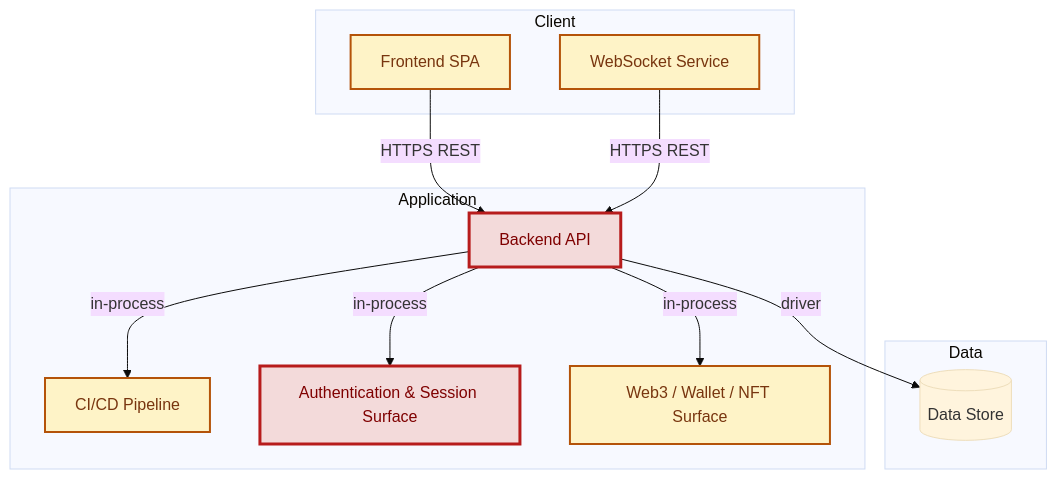
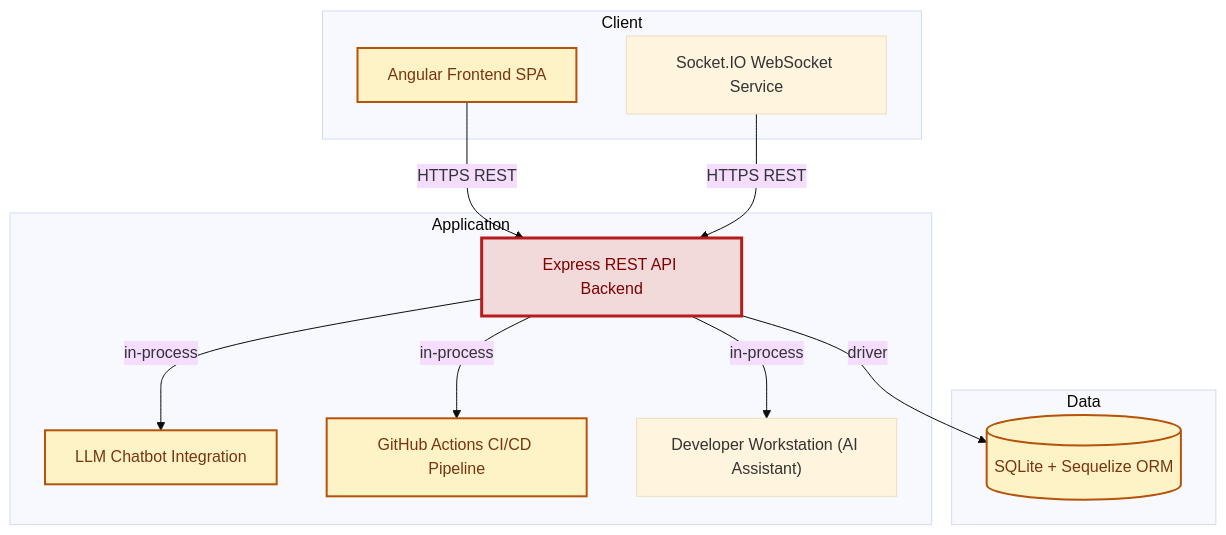
One commit to appsec-foundry/appsec-advisor changed the third of 5 diagrams in examples/threat-modeler/threat-model-juice-shop-quick.md. Above: the diagram before and after it, drawn with Mermaid (base theme). The commit also changed other lines of this file and 7 other files, not shown here.

````diff
--- a/examples/threat-modeler/threat-model-juice-shop-quick.md
+++ b/examples/threat-modeler/threat-model-juice-shop-quick.md
@@ -374,30 +269,29 @@
 ```mermaid
 flowchart TB
     subgraph Client
-        frontend_spa["Frontend SPA"]
-        websocket_service["WebSocket Service"]
+        frontend_spa["Angular Frontend SPA"]
+        websocket_realtime["Socket.IO WebSocket Service"]
     end
     subgraph Application
-        backend_api["Backend API"]
-        ci_cd_pipeline["CI/CD Pipeline"]
-        auth["Authentication & Session Surface"]
-        web3_nft["Web3 / Wallet / NFT Surface"]
+        backend_api["Express REST API Backend"]
+        llm_chatbot["LLM Chatbot Integration"]
+        ci_cd_pipeline["GitHub Actions CI/CD Pipeline"]
+        developer_workstation["Developer Workstation (AI Assistant)"]
     end
     subgraph Data
-        data_store[("Data Store")]
+        sqlite_db[("SQLite + Sequelize ORM")]
     end
     frontend_spa -->|HTTPS REST| backend_api
-    websocket_service -->|HTTPS REST| backend_api
-    backend_api -->|driver| data_store
+    websocket_realtime -->|HTTPS REST| backend_api
+    backend_api -->|driver| sqlite_db
+    backend_api -->|in-process| llm_chatbot
     backend_api -->|in-process| ci_cd_pipeline
-    backend_api -->|in-process| auth
-    backend_api -->|in-process| web3_nft
+    backend_api -->|in-process| developer_workstation
     classDef critical fill:#f3dada,stroke:#b71c1c,color:#7f0000,stroke-width:3px
     classDef warning  fill:#fef3c7,stroke:#b45309,color:#78350f,stroke-width:2px
     class backend_api critical
-    class auth critical
     class frontend_spa warning
-    class websocket_service warning
+    class sqlite_db warning
+    class llm_chatbot warning
     class ci_cd_pipeline warning
-    class web3_nft warning
 ```
````
